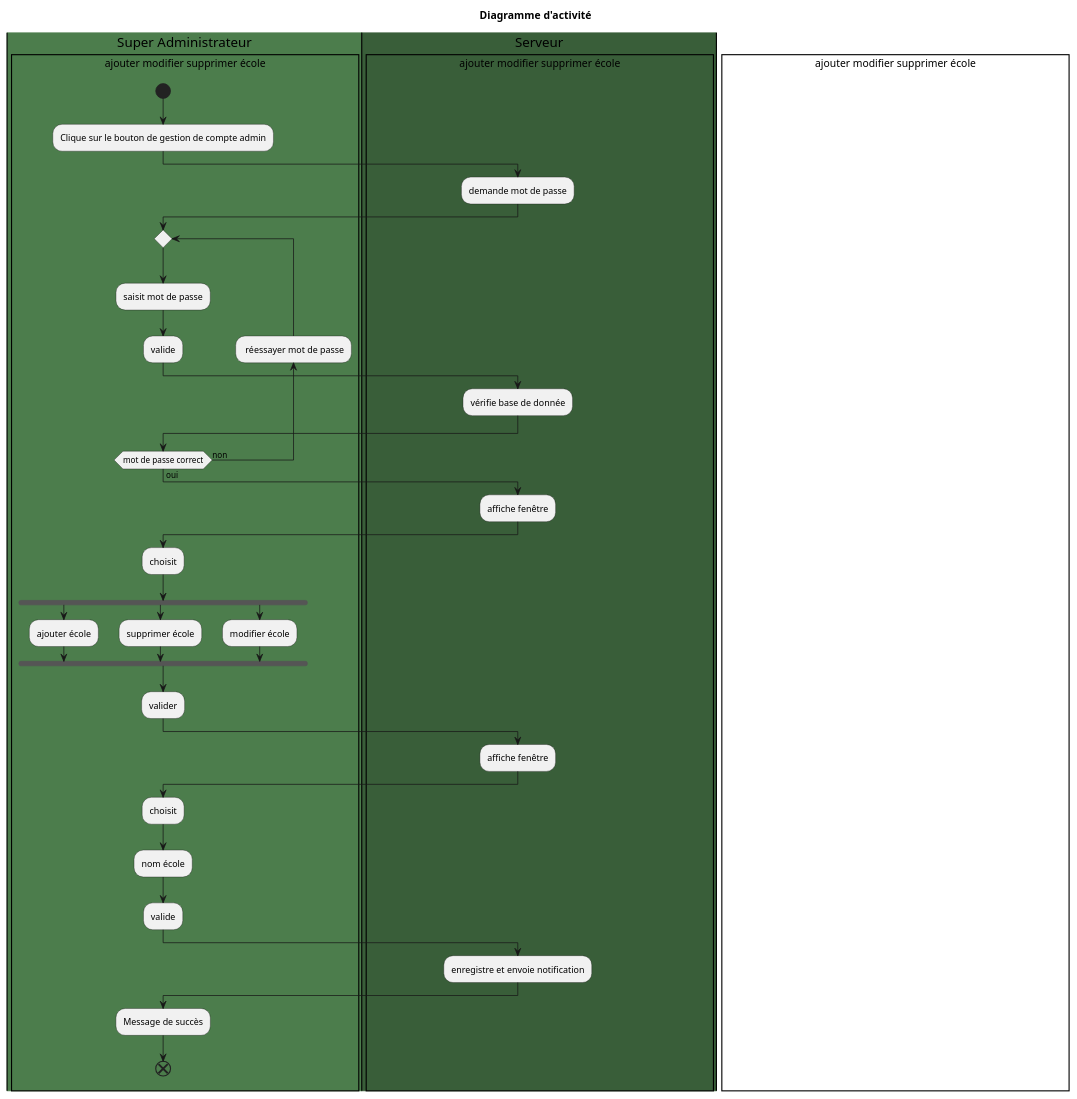
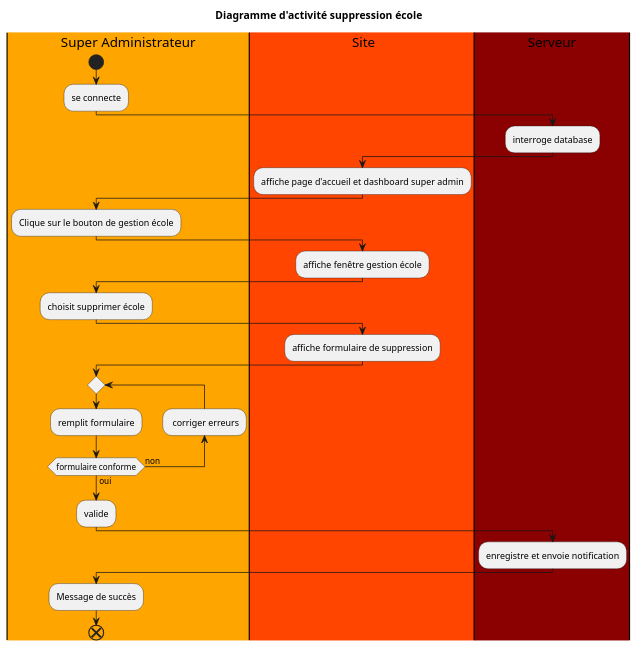
Before and after one commit to remip03/eduZouZou: the seventh of 7 diagrams in useCase/diagActivitéSuperAdmin.puml, drawn with PlantUML. The commit also changed other lines of this file and 2 other files, not shown here.

Commit message:
fin diag activité admin et sup admin

```diff
--- a/useCase/diagActivitéSuperAdmin.puml
+++ b/useCase/diagActivitéSuperAdmin.puml
@@ -139,51 +269,45 @@
-@startuml école
+@startuml supprimer école
 
-title "Diagramme d'activité"
-|#4C7D4C|Super Administrateur|
-|#395E39|Serveur|
+title "Diagramme d'activité suppression école"
+|#Orange|Super Administrateur|
+|#OrangeRed|s| Site
+|#DarkRed|Serveur|
 
-title "Diagramme d'activité"
-rectangle ajouter modifier supprimer école{
-     |Super Administrateur|
+
+
+      |Super Administrateur|
     start
-    :Clique sur le bouton de gestion de compte admin;
-    |Serveur|
-     :demande mot de passe;
+    :se connecte;
+     |Serveur|
+    :interroge database;
+    |s|
+ :affiche page d'accueil et dashboard super admin;
+  |Super Administrateur|
+
+  
+    :Clique sur le bouton de gestion école;
+    |s|
+    :affiche fenêtre gestion école;  
     
+   
+    |Super Administrateur|
+    :choisit supprimer école;   
+   
+   
+    |s|
+    :affiche formulaire de suppression;
     |Super Administrateur|
     repeat
-    :saisit mot de passe;
-    :valide;
+    :remplit formulaire;  
+    backward: corriger erreurs;
+repeatwhile (formulaire conforme) is (non) not (oui)  
+    :valide; 
     |Serveur|
-    :vérifie base de donnée;
-    |Super Administrateur|
-backward: réessayer mot de passe;
-repeatwhile (mot de passe correct) is (non) not (oui)
-     |Serveur|
-    :affiche fenêtre;
-    |Super Administrateur|
-    :choisit;
-    fork
-     :ajouter école;
-     fork again
-    :supprimer école;
-     fork again
-    :modifier école;    
-    end fork
-     :valider;
-    |Serveur|
-     :affiche fenêtre;
-    |Super Administrateur|
-    :choisit;
-    :nom école;
-    :valide;
-   
-    |Serveur|
-     :enregistre et envoie notification;
+    :enregistre et envoie notification;
     
     |Super Administrateur|
     :Message de succès;
     end
-   
-}
+
+
 @enduml
```
